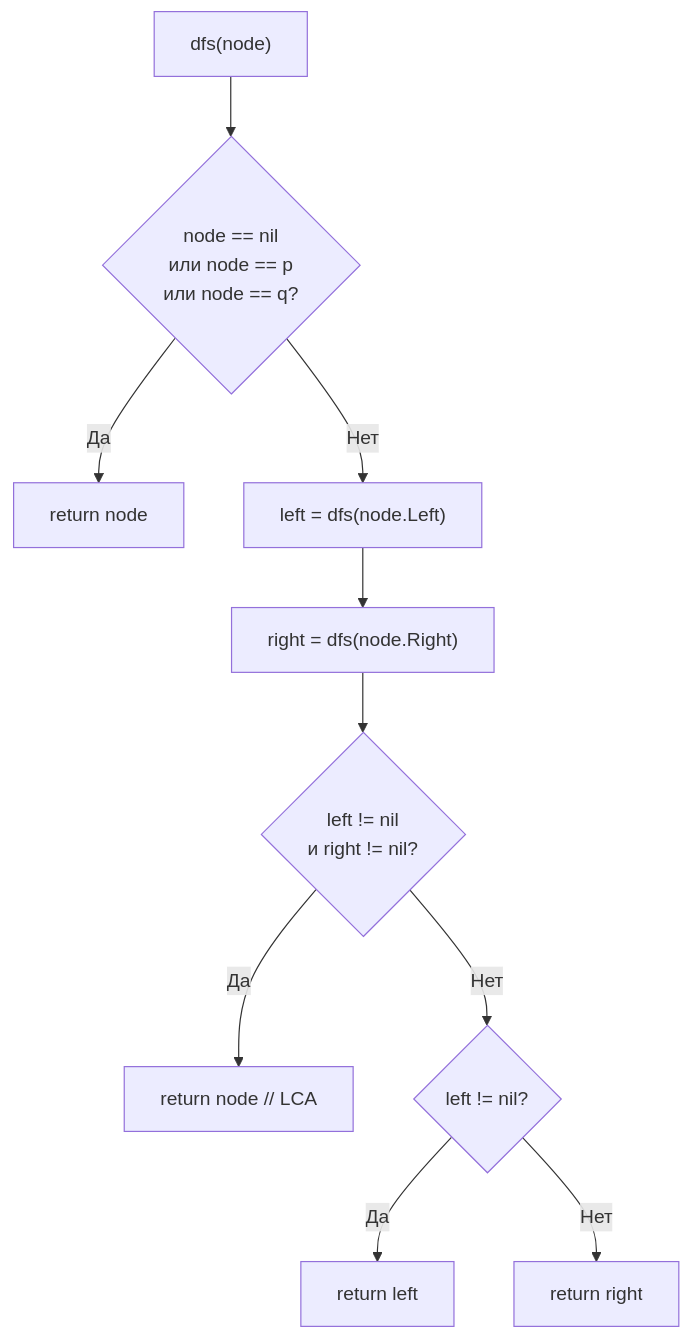
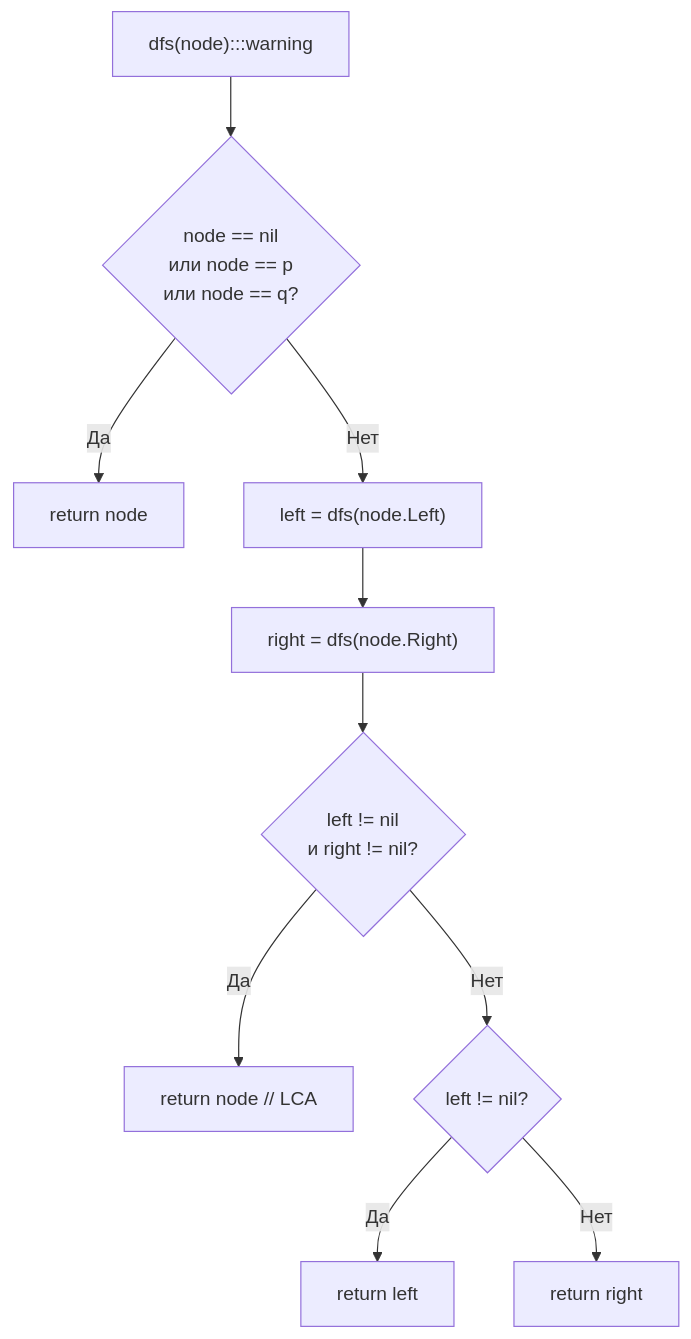
The diagram in sources/21. Задачи с LeetCode и собеседований на Go/02. Задачи/11. Поиск в глубину DFS/7. Lowest Common Ancestor.md (UnrealTemplier/go-textbook), drawn with Mermaid before and after one commit. The commit also changed 1666 other files, not shown here.

First line of the commit message:
feat(mermaid): add semantic color classDef to 1369 colorless flowchart/graph diagrams

````diff
--- a/sources/21. Задачи с LeetCode и собеседований на Go/02. Задачи/11. Поиск в глубину DFS/7. Lowest Common Ancestor.md
+++ b/sources/21. Задачи с LeetCode и собеседований на Go/02. Задачи/11. Поиск в глубину DFS/7. Lowest Common Ancestor.md
@@ -72,12 +72,22 @@
 ```mermaid
 flowchart TD
-    A["dfs(node)"] --> B{"node == nil<br>или node == p<br>или node == q?"}
+    classDef process  fill:#1e293b,stroke:#38bdf8,stroke-width:1px,color:#f8fafc
+    classDef success  fill:#064e3b,stroke:#34d399,stroke-width:1px,color:#f8fafc
+    classDef error    fill:#7f1d1d,stroke:#f87171,stroke-width:1px,color:#f8fafc
+    classDef warning  fill:#78350f,stroke:#fbbf24,stroke-width:1px,color:#f8fafc
+    classDef entry    fill:#1e3a5f,stroke:#38bdf8,stroke-width:2px,color:#f8fafc
+    classDef aux      fill:#334155,stroke:#64748b,stroke-width:1px,color:#f8fafc
+    classDef system   fill:#312e81,stroke:#a78bfa,stroke-width:1px,color:#f8fafc
+    classDef data     fill:#132d29,stroke:#2dd4bf,stroke-width:1px,color:#f8fafc
+    classDef network  fill:#881337,stroke:#fb7185,stroke-width:1px,color:#f8fafc
+    classDef accent   fill:#1e1b4b,stroke:#818cf8,stroke-width:1px,color:#f8fafc
+    A["dfs(node):::warning"] --> B{"node == nil<br>или node == p<br>или node == q?"}
     B -->|"Да"| C["return node"]
     B -->|"Нет"| D["left = dfs(node.Left)"]
     D --> E["right = dfs(node.Right)"]
     E --> F{"left != nil<br>и right != nil?"}
     F -->|"Да"| G["return node // LCA"]
     F -->|"Нет"| H{"left != nil?"}
     H -->|"Да"| I["return left"]
     H -->|"Нет"| J["return right"]
 ```
````
